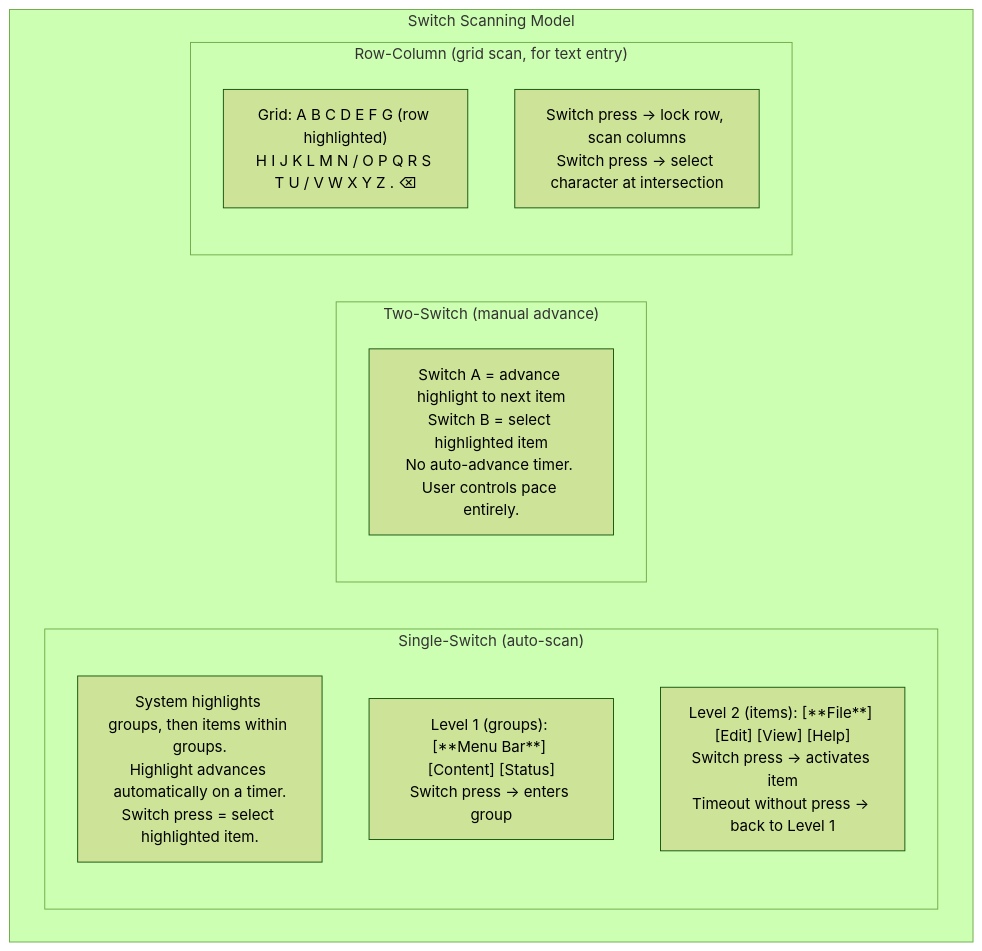
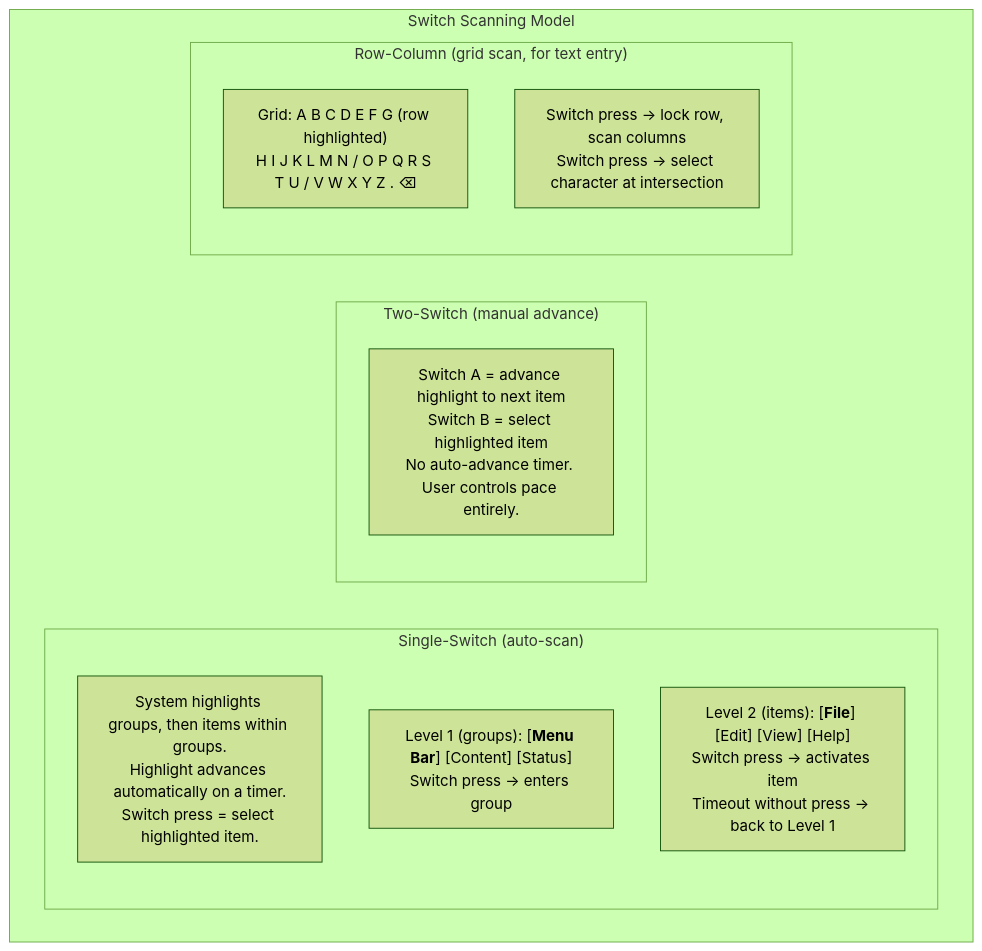
One commit to juslee/aios changed the fifth of 11 diagrams in docs/experience/accessibility.md. Above: the diagram before and after it, drawn with Mermaid (forest theme). The commit also changed other lines of this file and 24 other files, not shown here.

First line of the commit message:
Upgrade all 132 Mermaid diagrams to v11 syntax across 25 docs

````diff
--- a/docs/experience/accessibility.md
+++ b/docs/experience/accessibility.md
@@ -556,19 +599,28 @@
 ```mermaid
-graph TD
+flowchart TD
     subgraph SwitchScanning["Switch Scanning Model"]
         subgraph SingleSwitch["Single-Switch (auto-scan)"]
-            SS1["System highlights groups, then items within groups.<br/>Highlight advances automatically on a timer.<br/>Switch press = select highlighted item."]
-            SS2["Level 1 (groups): [**Menu Bar**] [Content] [Status]<br/>Switch press → enters group"]
-            SS3["Level 2 (items): [**File**] [Edit] [View] [Help]<br/>Switch press → activates item<br/>Timeout without press → back to Level 1"]
+            SS1["`System highlights groups, then items within groups.
+Highlight advances automatically on a timer.
+Switch press = select highlighted item.`"]
+            SS2["`Level 1 (groups): [**Menu Bar**] [Content] [Status]
+Switch press → enters group`"]
+            SS3["`Level 2 (items): [**File**] [Edit] [View] [Help]
+Switch press → activates item
+Timeout without press → back to Level 1`"]
         end
 
         subgraph TwoSwitch["Two-Switch (manual advance)"]
-            TS1["Switch A = advance highlight to next item<br/>Switch B = select highlighted item<br/>No auto-advance timer. User controls pace entirely."]
+            TS1["`Switch A = advance highlight to next item
+Switch B = select highlighted item
+No auto-advance timer. User controls pace entirely.`"]
         end
 
         subgraph RowColumn["Row-Column (grid scan, for text entry)"]
-            RC1["Grid: A B C D E F G (row highlighted)<br/>H I J K L M N / O P Q R S T U / V W X Y Z . ⌫"]
-            RC2["Switch press → lock row, scan columns<br/>Switch press → select character at intersection"]
+            RC1["`Grid: A B C D E F G (row highlighted)
+H I J K L M N / O P Q R S T U / V W X Y Z . ⌫`"]
+            RC2["`Switch press → lock row, scan columns
+Switch press → select character at intersection`"]
         end
     end
 ```
````
